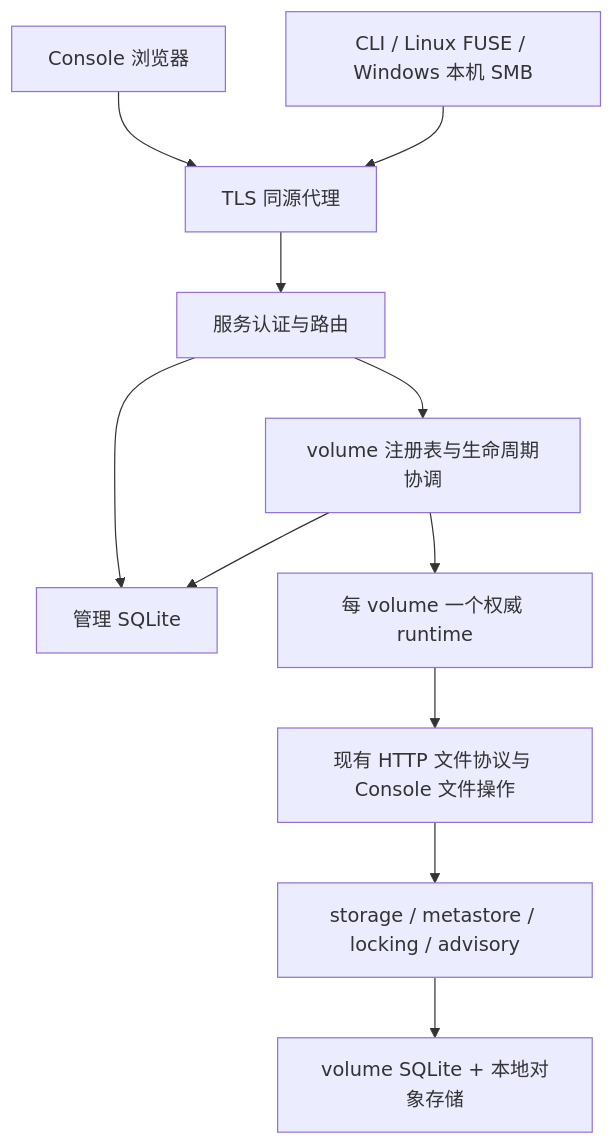
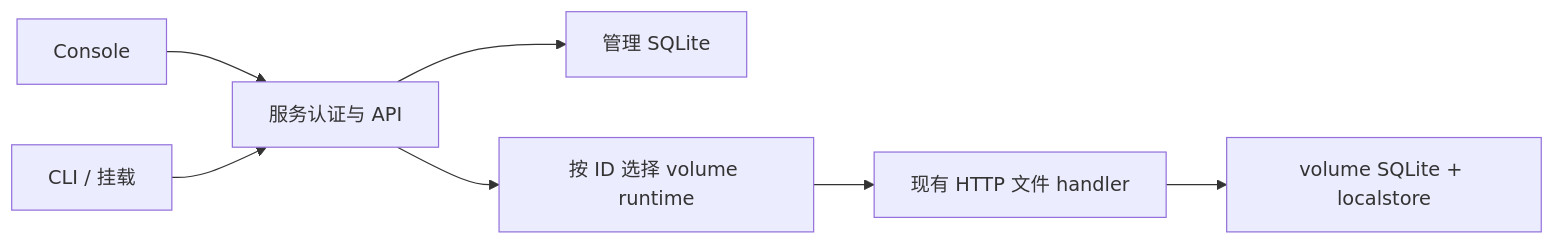
Before and after one commit to codetreker/remote-fs: the diagram in .agents/notes/proposed/feature/2026-10-12-standalone-volume-service.md, drawn with Mermaid. The commit also changed other lines of this file and 1 other file, not shown here.

First line of the commit message:
Scope standalone volume service to agreed features

````diff
--- a/.agents/notes/proposed/feature/2026-10-12-standalone-volume-service.md
+++ b/.agents/notes/proposed/feature/2026-10-12-standalone-volume-service.md
@@ -35,13 +30,9 @@
 ```mermaid
-flowchart TB
-  B[Console 浏览器] --> P[TLS 同源代理]
-  C[CLI / Linux FUSE / Windows 本机 SMB] --> P
-  P --> A[服务认证与路由]
-  A --> M[管理 SQLite]
-  A --> R[volume 注册表与生命周期协调]
-  R --> V[每 volume 一个权威 runtime]
-  V --> H[现有 HTTP 文件协议与 Console 文件操作]
-  H --> F[storage / metastore / locking / advisory]
-  F --> S[volume SQLite + 本地对象存储]
-  R --> M
+flowchart LR
+  Console[Console] --> API[服务认证与 API]
+  CLI[CLI / 挂载] --> API
+  API --> Catalog[管理 SQLite]
+  API --> Runtime[按 ID 选择 volume runtime]
+  Runtime --> Handler[现有 HTTP 文件 handler]
+  Handler --> Native[volume SQLite + localstore]
 ```
````
